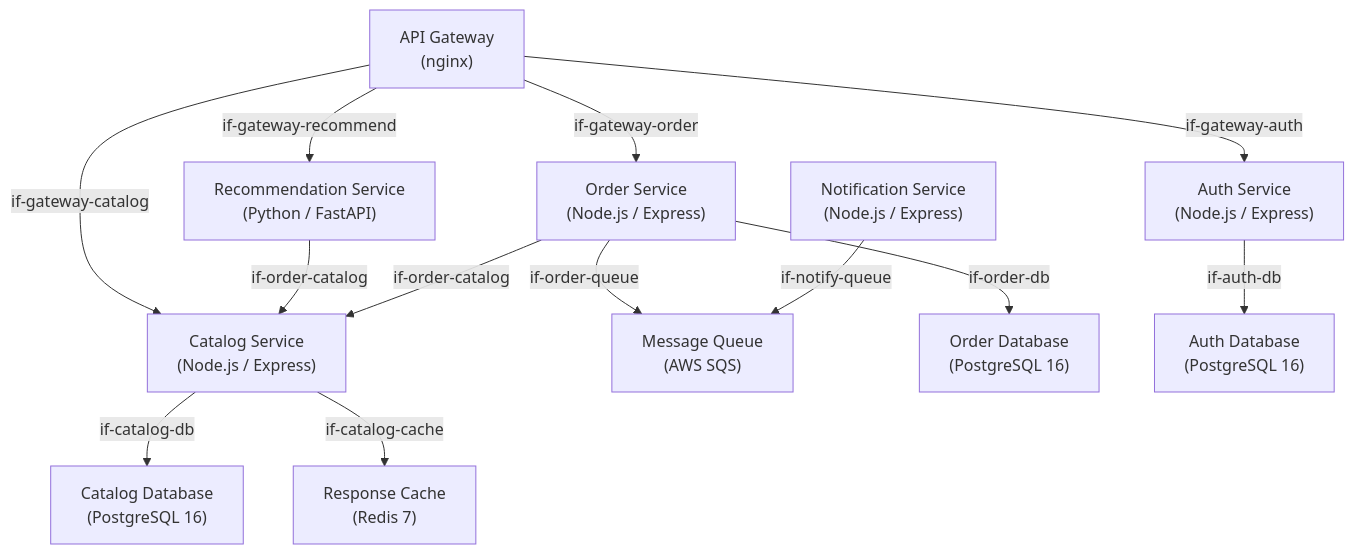
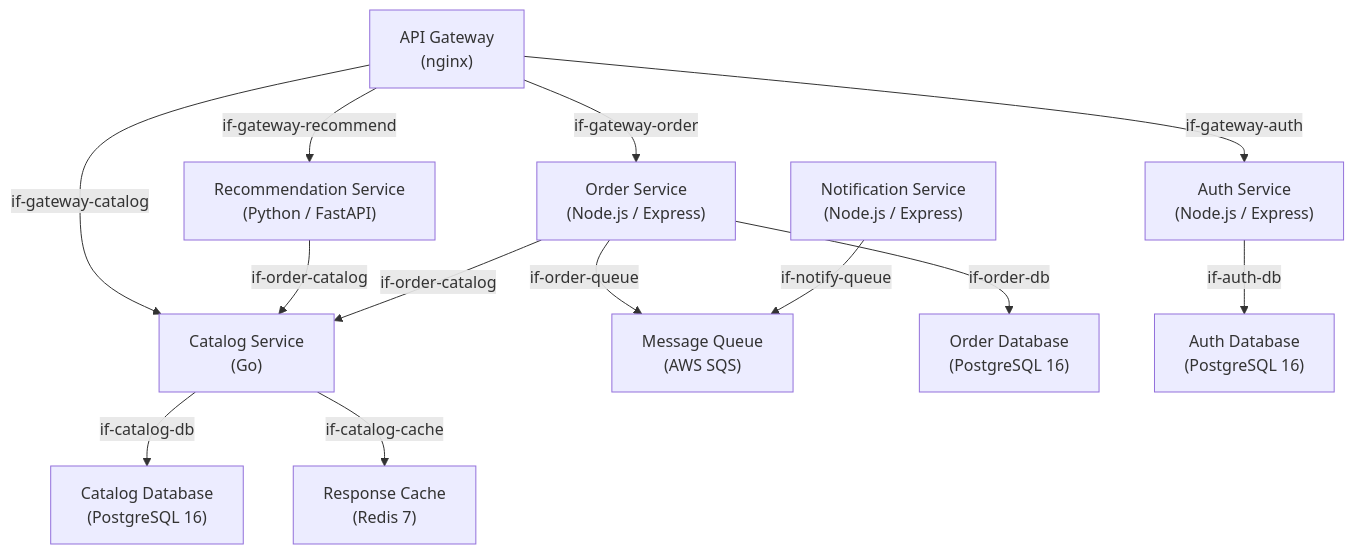
Before and after one commit to docToolchain/arc42-language: the diagram in examples/bookstore-backend/05-building-blocks.arc42.md, drawn with Mermaid. The commit also changed other lines of this file and 1 other file, not shown here.

First line of the commit message:
perf: move catalog search to Go

````diff
--- a/examples/bookstore-backend/05-building-blocks.arc42.md
+++ b/examples/bookstore-backend/05-building-blocks.arc42.md
@@ -13,27 +13,27 @@
 ```mermaid
 graph TD
     bb-api-gateway["API Gateway\n(nginx)"]
-    bb-catalog-service["Catalog Service\n(Node.js / Express)"]
+    bb-catalog-service["Catalog Service\n(Go)"]
     bb-order-service["Order Service\n(Node.js / Express)"]
     bb-recommendation-service["Recommendation Service\n(Python / FastAPI)"]
     bb-auth-service["Auth Service\n(Node.js / Express)"]
     bb-notification-service["Notification Service\n(Node.js / Express)"]
     bb-message-queue["Message Queue\n(AWS SQS)"]
     bb-catalog-db["Catalog Database\n(PostgreSQL 16)"]
     bb-order-db["Order Database\n(PostgreSQL 16)"]
     bb-auth-db["Auth Database\n(PostgreSQL 16)"]
     bb-cache["Response Cache\n(Redis 7)"]
 
     bb-api-gateway -->|"if-gateway-catalog"| bb-catalog-service
     bb-api-gateway -->|"if-gateway-order"| bb-order-service
     bb-api-gateway -->|"if-gateway-auth"| bb-auth-service
     bb-api-gateway -->|"if-gateway-recommend"| bb-recommendation-service
     bb-recommendation-service -->|"if-order-catalog"| bb-catalog-service
     bb-catalog-service -->|"if-catalog-db"| bb-catalog-db
     bb-catalog-service -->|"if-catalog-cache"| bb-cache
     bb-order-service -->|"if-order-db"| bb-order-db
     bb-order-service -->|"if-order-catalog"| bb-catalog-service
     bb-order-service -->|"if-order-queue"| bb-message-queue
     bb-auth-service -->|"if-auth-db"| bb-auth-db
     bb-notification-service -->|"if-notify-queue"| bb-message-queue
 ```
````
